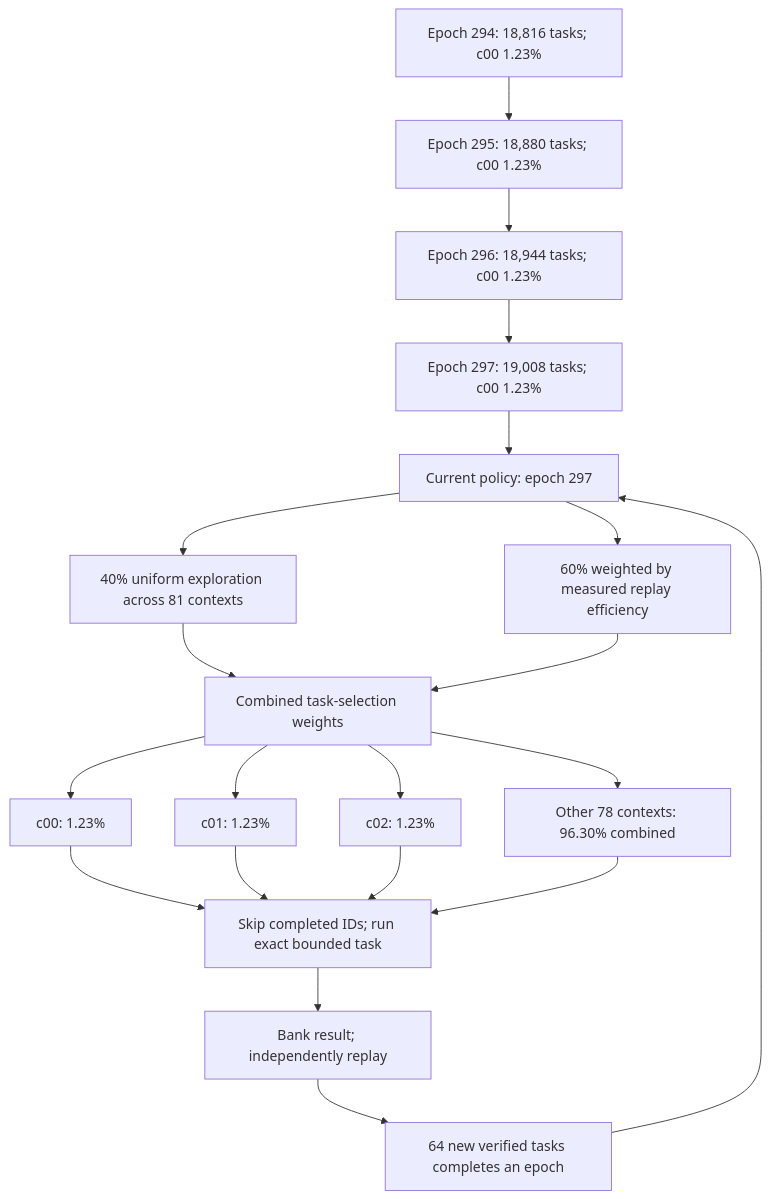
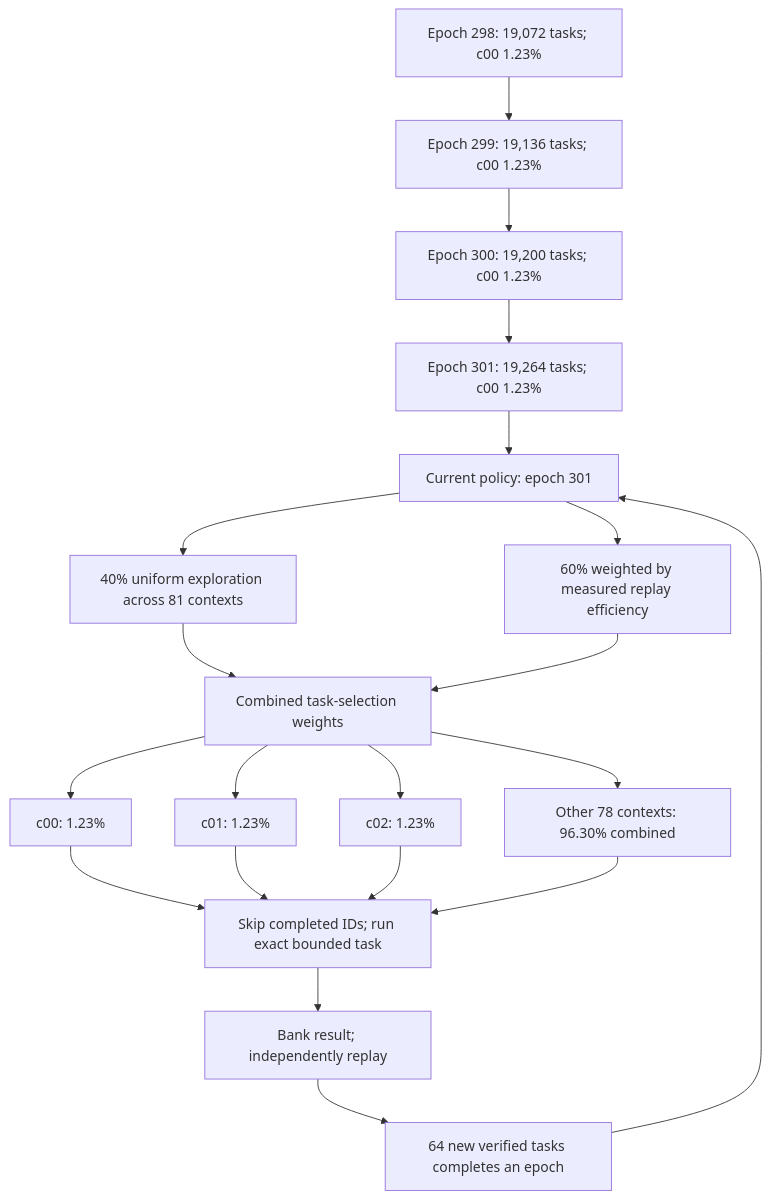
Before and after one commit to Kuberwastaken/math-gambling: the first of 2 diagrams in README.md, drawn with Mermaid. The commit also changed other lines of this file and 598 other files, not shown here.

````diff
--- a/README.md
+++ b/README.md
@@ -49,27 +49,27 @@
 ```mermaid
 flowchart TD
-    H0["Epoch 294: 18,816 tasks; c00 1.23%"]
-    H1["Epoch 295: 18,880 tasks; c00 1.23%"]
+    H0["Epoch 298: 19,072 tasks; c00 1.23%"]
+    H1["Epoch 299: 19,136 tasks; c00 1.23%"]
     H0 --> H1
-    H2["Epoch 296: 18,944 tasks; c00 1.23%"]
+    H2["Epoch 300: 19,200 tasks; c00 1.23%"]
     H1 --> H2
-    H3["Epoch 297: 19,008 tasks; c00 1.23%"]
+    H3["Epoch 301: 19,264 tasks; c00 1.23%"]
     H2 --> H3
-    Policy["Current policy: epoch 297"]
+    Policy["Current policy: epoch 301"]
     H3 --> Policy
     Policy --> Explore["40% uniform exploration across 81 contexts"]
     Policy --> Cost["60% weighted by measured replay efficiency"]
     Explore --> Mix["Combined task-selection weights"]
     Cost --> Mix
     Mix --> C0["c00: 1.23%"]
     Mix --> C1["c01: 1.23%"]
     Mix --> C2["c02: 1.23%"]
     Mix --> Rest["Other 78 contexts: 96.30% combined"]
     C0 --> Check["Skip completed IDs; run exact bounded task"]
     C1 --> Check
     C2 --> Check
     Rest --> Check
     Check --> Replay["Bank result; independently replay"]
     Replay --> Gate["64 new verified tasks completes an epoch"]
     Gate --> Policy
 ```
````
